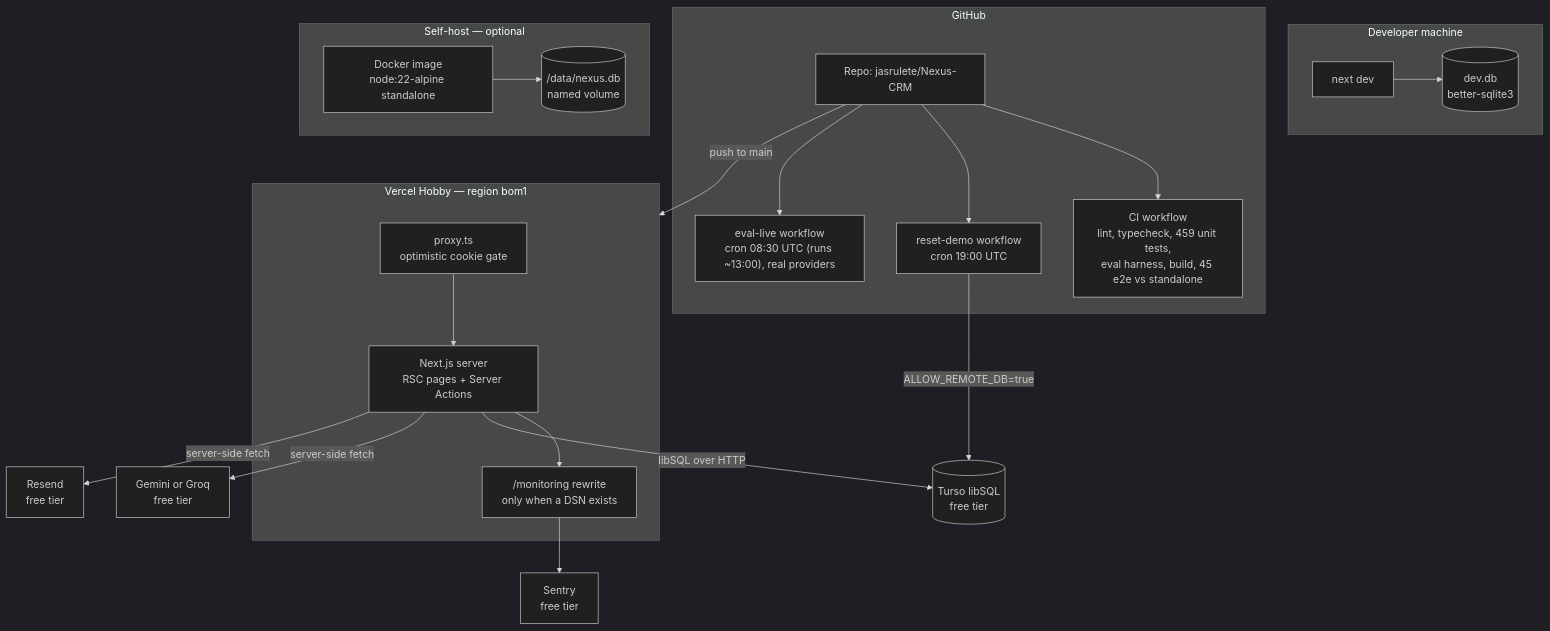
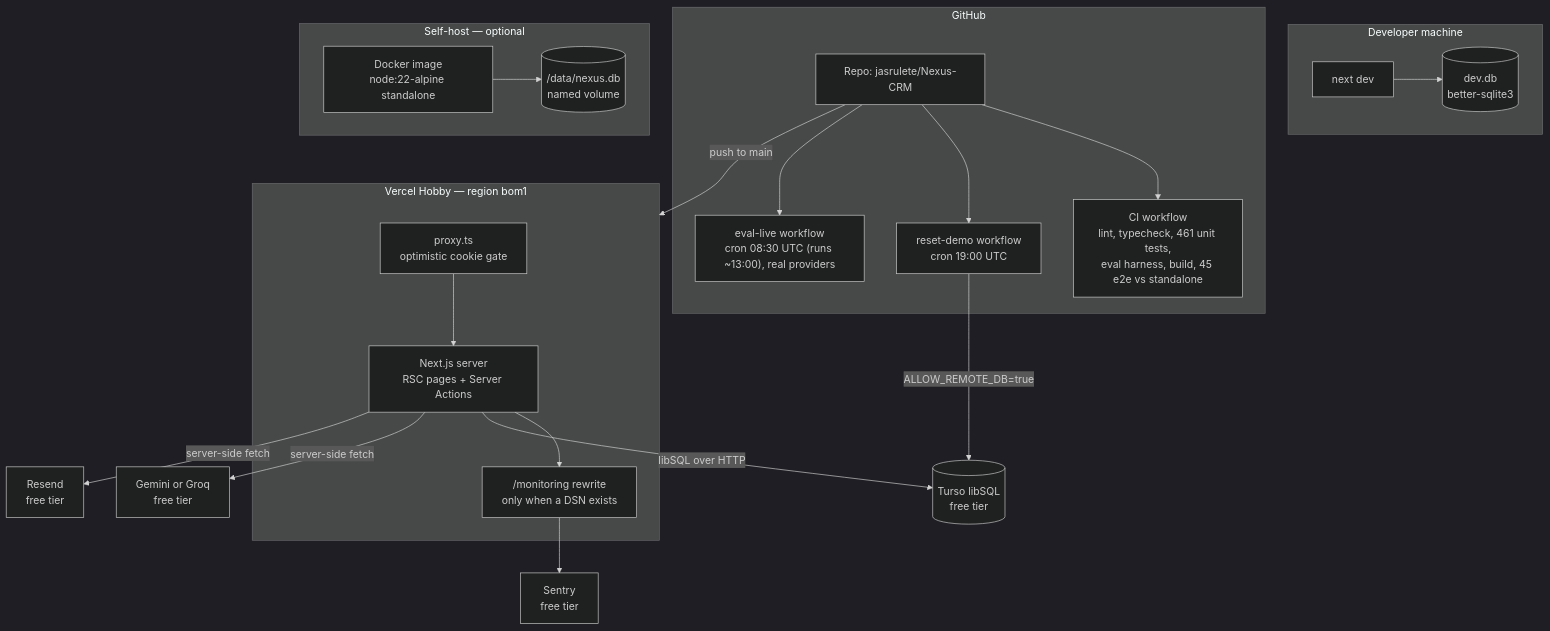
The first of 2 diagrams in docs/TECHNICAL-DESIGN.md (jasrulete/Nexus-CRM), drawn with Mermaid (dark theme) before and after one commit. The commit also changed other lines of this file and 6 other files, not shown here.

````diff
--- a/docs/TECHNICAL-DESIGN.md
+++ b/docs/TECHNICAL-DESIGN.md
@@ -82,44 +82,44 @@
 ```mermaid
 flowchart TB
     subgraph dev["Developer machine"]
         NEXTDEV["next dev"]
         FILE[("dev.db<br/>better-sqlite3")]
         NEXTDEV --> FILE
     end
 
     subgraph gh["GitHub"]
         REPO["Repo: jasrulete/Nexus-CRM"]
-        CI["CI workflow<br/>lint, typecheck, 459 unit tests,<br/>eval harness, build, 45 e2e vs standalone"]
+        CI["CI workflow<br/>lint, typecheck, 461 unit tests,<br/>eval harness, build, 45 e2e vs standalone"]
         RESET["reset-demo workflow<br/>cron 19:00 UTC"]
         EVAL["eval-live workflow<br/>cron 08:30 UTC (runs ~13:00), real providers"]
         REPO --> CI
         REPO --> RESET
         REPO --> EVAL
     end
 
     subgraph vercel["Vercel Hobby — region bom1"]
         PROXY["proxy.ts<br/>optimistic cookie gate"]
         APP["Next.js server<br/>RSC pages + Server Actions"]
         TUNNEL["/monitoring rewrite<br/>only when a DSN exists"]
         PROXY --> APP
         APP --> TUNNEL
     end
 
     subgraph selfhost["Self-host — optional"]
         DOCKER["Docker image<br/>node:22-alpine standalone"]
         VOL[("/data/nexus.db<br/>named volume")]
         DOCKER --> VOL
     end
 
     TURSO[("Turso libSQL<br/>free tier")]
     AI["Gemini or Groq<br/>free tier"]
     RESEND["Resend<br/>free tier"]
     SENTRY["Sentry<br/>free tier"]
 
     REPO -- "push to main" --> vercel
     APP -- "libSQL over HTTP" --> TURSO
     RESET -- "ALLOW_REMOTE_DB=true" --> TURSO
     APP -- "server-side fetch" --> AI
     APP -- "server-side fetch" --> RESEND
     TUNNEL --> SENTRY
 ```
````
